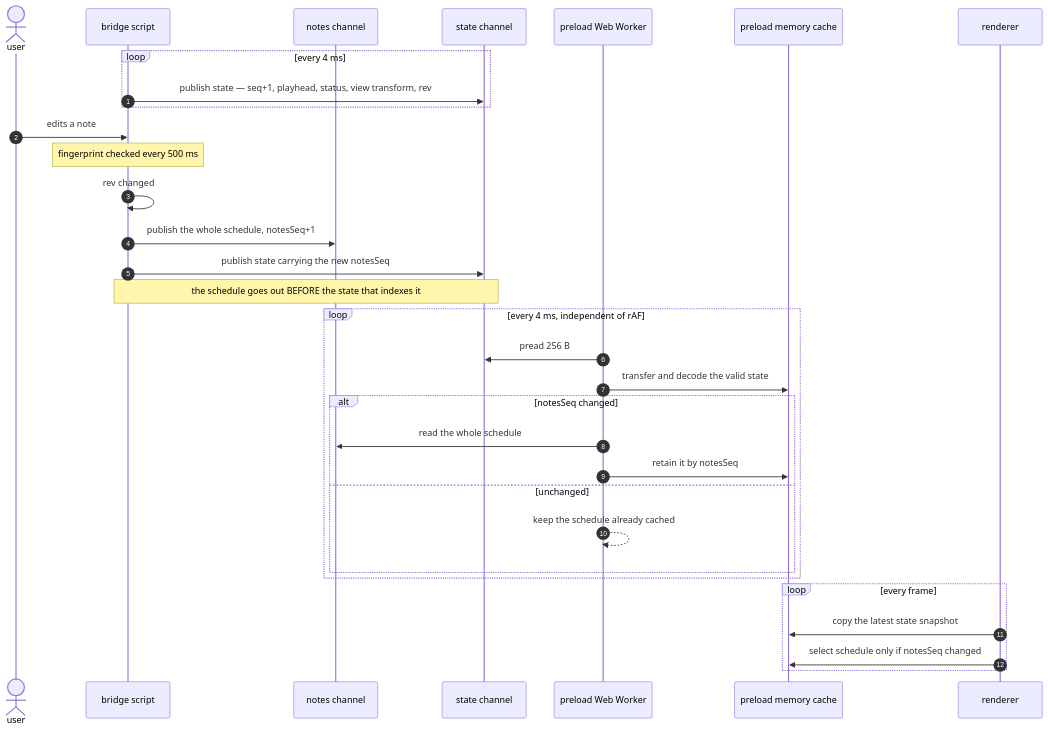
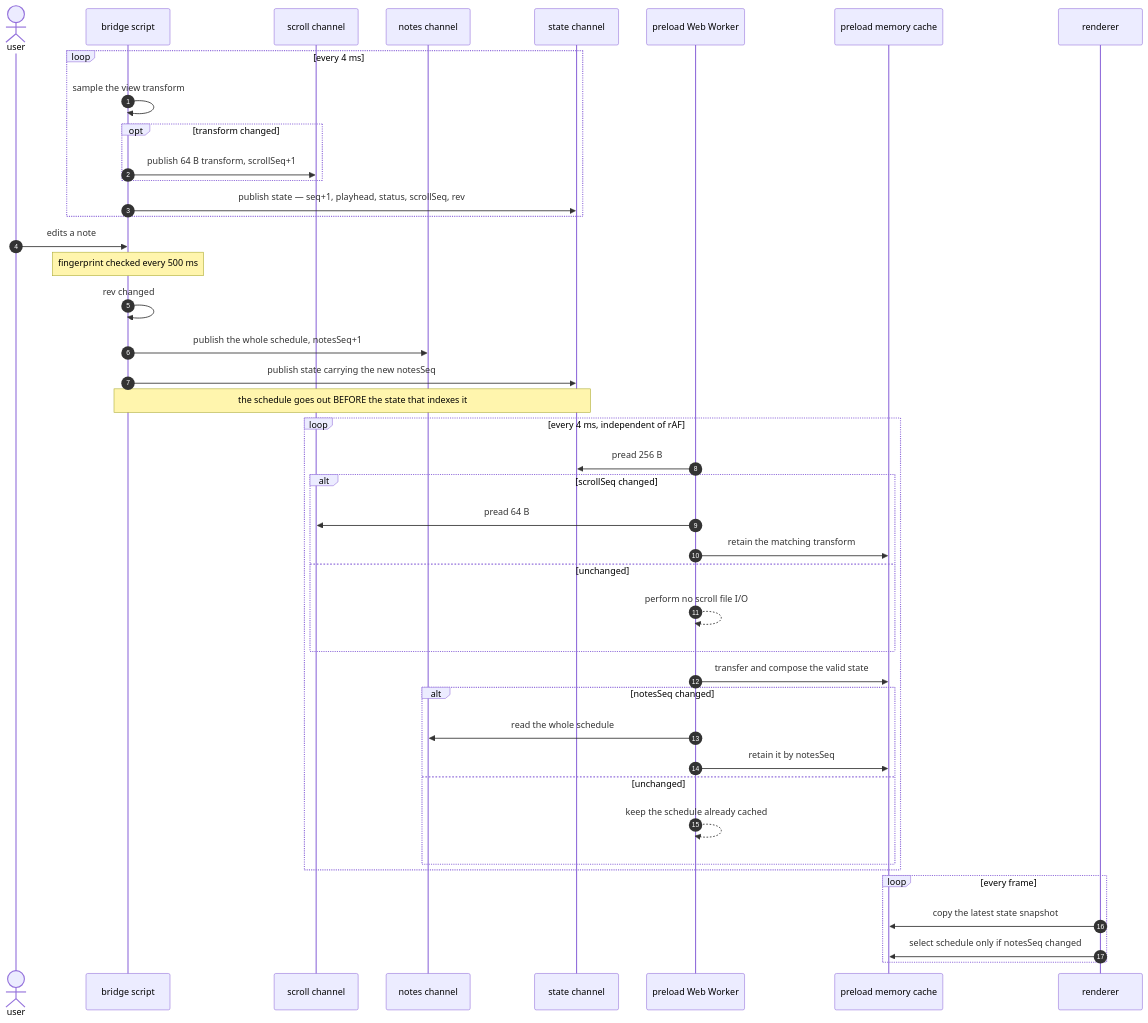
The diagram in docs/bridge.md (0x1f320/karaoke-v), drawn with Mermaid before and after one commit. The commit also changed other lines of this file and 32 other files, not shown here.

Commit message:
perf(bridge): publish scroll transform only on change (#100)

````diff
--- a/docs/bridge.md
+++ b/docs/bridge.md
@@ -73,39 +79,50 @@
 ```mermaid
 sequenceDiagram
     autonumber
     actor U as user
     participant S as bridge script
+    participant R as scroll channel
     participant N as notes channel
     participant T as state channel
     participant W as preload Web Worker
     participant M as preload memory cache
     participant A as renderer
 
     loop every 4 ms
-        S->>T: publish state — seq+1, playhead, status, view transform, rev
+        S->>S: sample the view transform
+        opt transform changed
+            S->>R: publish 64 B transform, scrollSeq+1
+        end
+        S->>T: publish state — seq+1, playhead, status, scrollSeq, rev
     end
 
     U->>S: edits a note
     Note over S: fingerprint checked every 500 ms
     S->>S: rev changed
     S->>N: publish the whole schedule, notesSeq+1
     S->>T: publish state carrying the new notesSeq
 
     Note over S,T: the schedule goes out BEFORE the state that indexes it
 
     loop every 4 ms, independent of rAF
         W->>T: pread 256 B
-        W->>M: transfer and decode the valid state
+        alt scrollSeq changed
+            W->>R: pread 64 B
+            W->>M: retain the matching transform
+        else unchanged
+            W-->>W: perform no scroll file I/O
+        end
+        W->>M: transfer and compose the valid state
         alt notesSeq changed
             W->>N: read the whole schedule
             W->>M: retain it by notesSeq
         else unchanged
             W-->>W: keep the schedule already cached
         end
     end
 
     loop every frame
         A->>M: copy the latest state snapshot
         A->>M: select schedule only if notesSeq changed
     end
 ```
````
